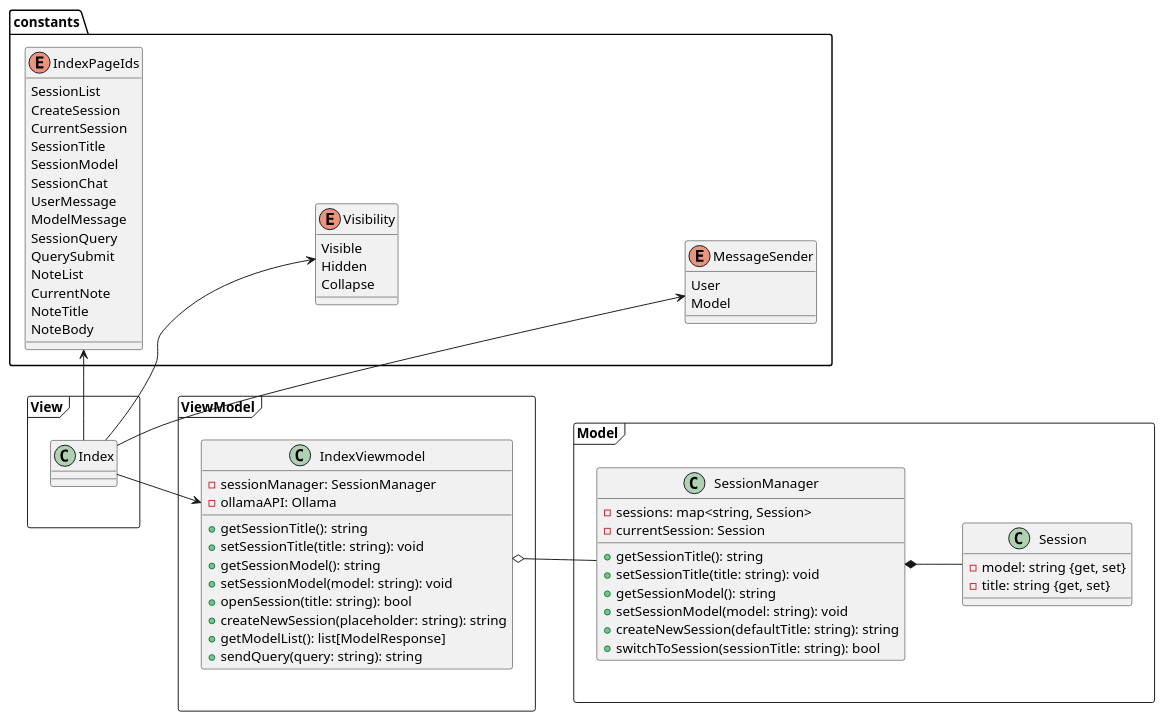
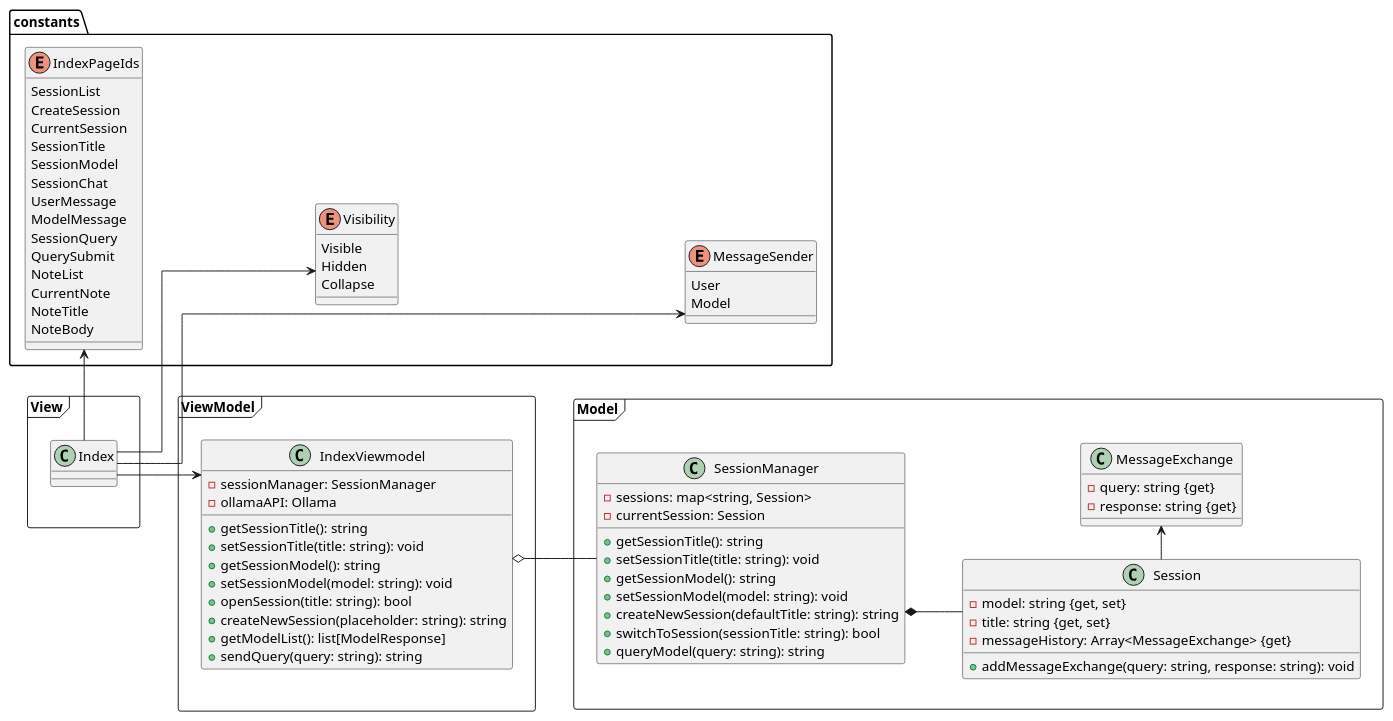
Before and after one commit to Kirya-D/LocalQuery: the diagram in docs/diagrams/src/class-diagram.plantuml, drawn with PlantUML. The commit also changed 11 other files, not shown here.

First line of the commit message:
Refactored Model Query Implementation Moved implementation details of model querying from viewmodel to model

```diff
--- a/docs/diagrams/src/class-diagram.plantuml
+++ b/docs/diagrams/src/class-diagram.plantuml
@@ -1,92 +1,103 @@
 @startuml "ClassDiagram"
 left to right direction
+skinparam linetype ortho
 
 folder constants {
     enum IndexPageIds {
         SessionList
         CreateSession
         CurrentSession
         SessionTitle
         SessionModel
         SessionChat
         UserMessage
         ModelMessage
         SessionQuery
         QuerySubmit
         NoteList
         CurrentNote
         NoteTitle
         NoteBody
     }
 
     enum Visibility {
         Visible
         Hidden
         Collapse
     }
 
     enum MessageSender {
         User
         Model
     }
 
     IndexPageIds -[Hidden]- Visibility
     Visibility -[Hidden]- MessageSender
 }
 
 frame View {
     class Index {}
 }
 
 frame ViewModel {
     class IndexViewmodel {
         -{field} sessionManager: SessionManager
         -{field} ollamaAPI: Ollama
         +{method} getSessionTitle(): string
         +{method} setSessionTitle(title: string): void
         +{method} getSessionModel(): string
         +{method} setSessionModel(model: string): void
         +{method} openSession(title: string): bool
         +{method} createNewSession(placeholder: string): string
         +{method} getModelList(): list[ModelResponse]
         +{method} sendQuery(query: string): string
     }
 }
 
 frame Model {
     class SessionManager {
         -{field} sessions: map<string, Session>
         -{field} currentSession: Session
         +{method} getSessionTitle(): string
         +{method} setSessionTitle(title: string): void
         +{method} getSessionModel(): string
         +{method} setSessionModel(model: string): void
         +{method} createNewSession(defaultTitle: string): string
         +{method} switchToSession(sessionTitle: string): bool
+        +{method} queryModel(query: string): string
     }
 
     class Session {
         -{field} model: string {get, set}
         -{field} title: string {get, set}
+        -{field} messageHistory: Array<MessageExchange> {get}
+        +{method} addMessageExchange(query: string, response: string): void
+    }
+
+    class MessageExchange {
+        -{field} query: string {get}
+        -{field} response: string {get}
     }
 }
 
-' View - Viewmodel Relations
+' Class Relations
+' View - Viewmodel
 Index --> IndexViewmodel
 
-' Viewmodel - Model Relations
+' Viewmodel - Model
 IndexViewmodel o-- SessionManager
 
-' Model - Model Relations
+' Model - Model
 SessionManager *-- Session
+Session -> MessageExchange
 
-' Other Relations
+' Other
 Index -> IndexPageIds
 Index --> MessageSender
 Index --> Visibility
 
 ' Orient diagram
 View -[Hidden]right- ViewModel
 ViewModel -[Hidden]right- Model
 
 @enduml
```
